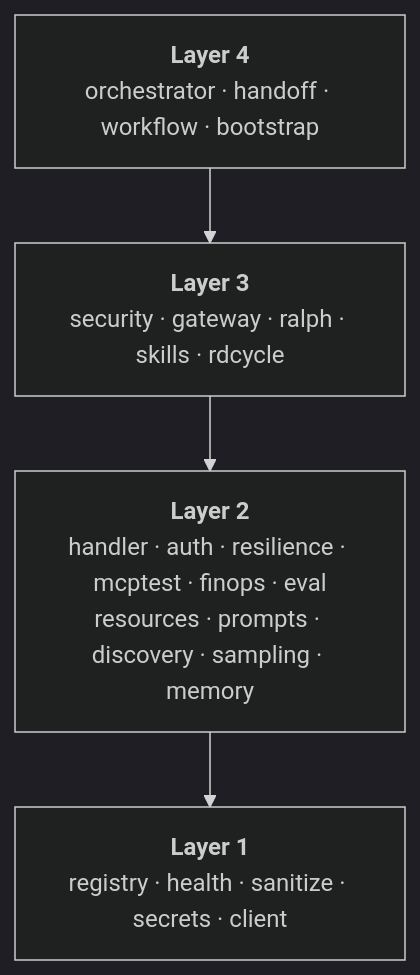
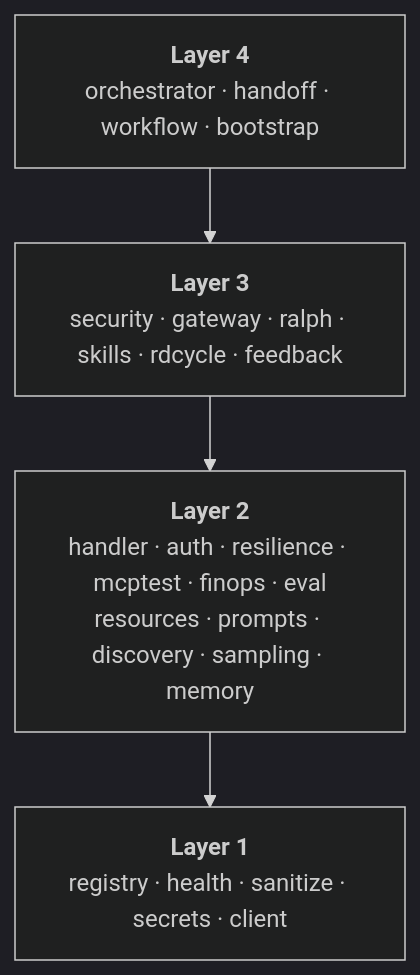
The diagram in README.md (hairglasses-studio/mcpkit), drawn with Mermaid (dark theme) before and after one commit. The commit also changed other lines of this file and 9 other files, not shown here.

````diff
--- a/README.md
+++ b/README.md
@@ -173,8 +175,8 @@
 ```mermaid
 graph TD
     L4["<b>Layer 4</b><br/>orchestrator · handoff · workflow · bootstrap"]
-    L3["<b>Layer 3</b><br/>security · gateway · ralph · skills · rdcycle"]
+    L3["<b>Layer 3</b><br/>security · gateway · ralph · skills · rdcycle · feedback"]
     L2["<b>Layer 2</b><br/>handler · auth · resilience · mcptest · finops · eval<br/>resources · prompts · discovery · sampling · memory"]
     L1["<b>Layer 1</b><br/>registry · health · sanitize · secrets · client"]
     L4 --> L3 --> L2 --> L1
 ```
````
